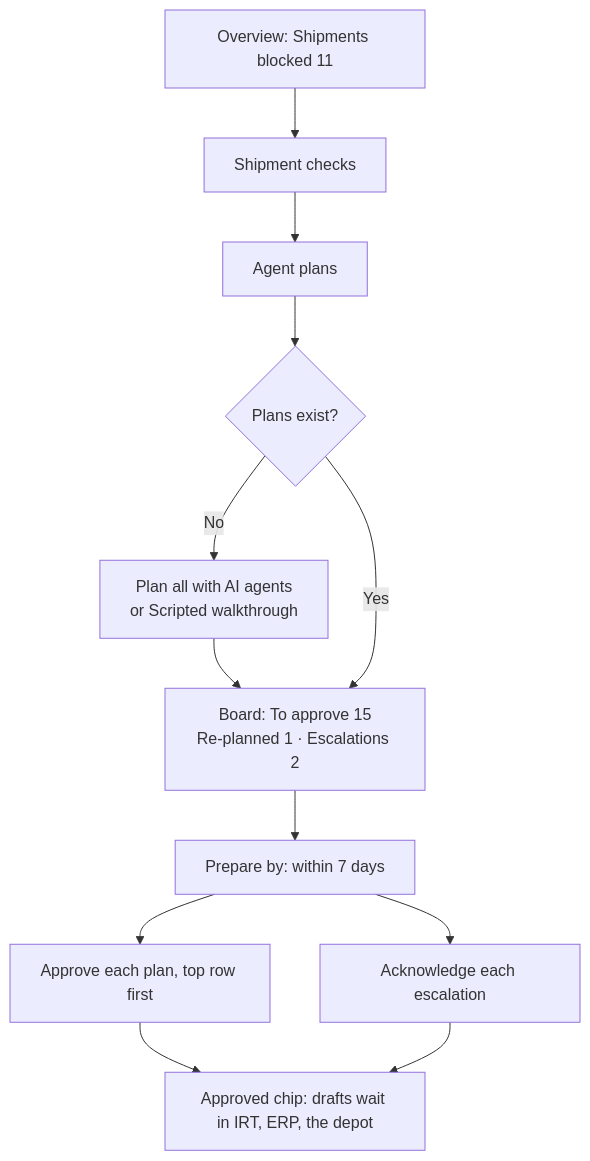
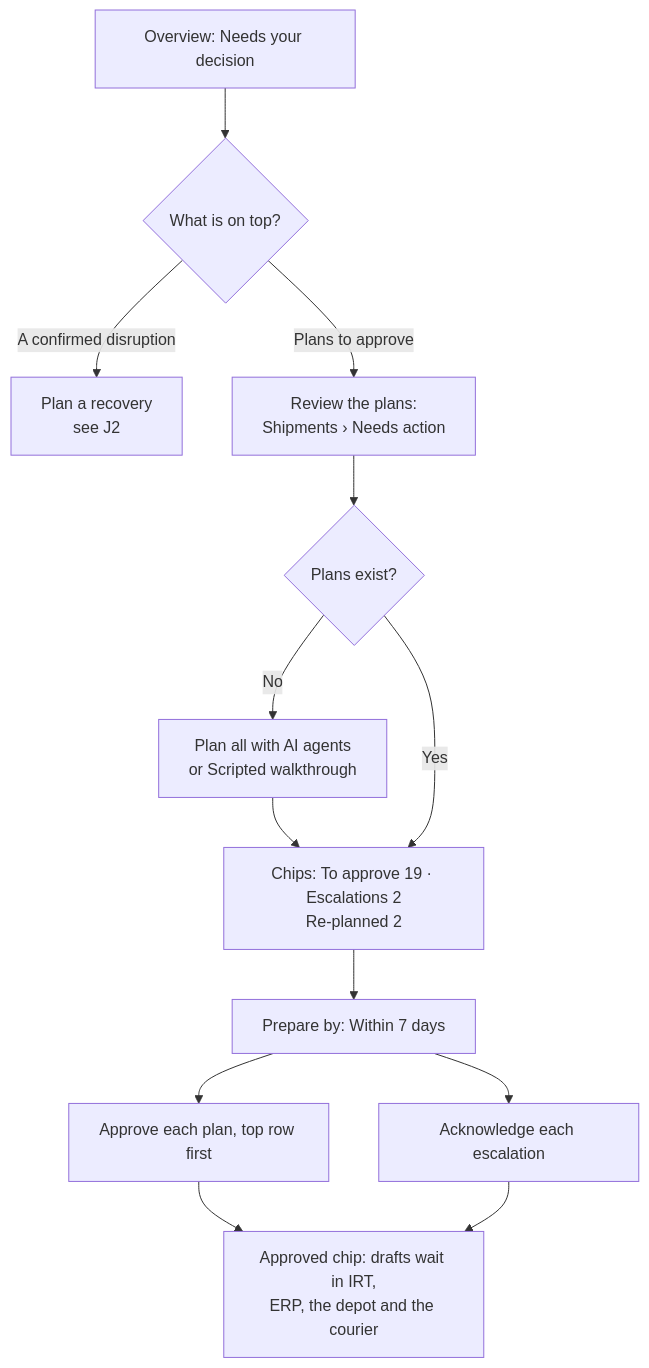
Before and after one commit to Gpanaritis/ClinRadar: the second of 7 diagrams in RegChain-AI-User-Journeys.md, drawn with Mermaid. The commit also changed other lines of this file, not shown here.

````diff
--- a/RegChain-AI-User-Journeys.md
+++ b/RegChain-AI-User-Journeys.md
@@ -90,14 +119,15 @@
 ```mermaid
 flowchart TD
-  A[Overview: Shipments blocked 11] --> B[Shipment checks]
-  B --> C[Agent plans]
-  C --> D{Plans exist?}
-  D -->|No| E[Plan all with AI agents<br/>or Scripted walkthrough]
-  E --> F[Board: To approve 15<br/>Re-planned 1 · Escalations 2]
-  D -->|Yes| F
-  F --> G[Prepare by: within 7 days]
-  G --> H[Approve each plan, top row first]
-  G --> I[Acknowledge each escalation]
-  H --> J[Approved chip: drafts wait in IRT, ERP, the depot]
-  I --> J
+  A[Overview: Needs your decision] --> B{What is on top?}
+  B -->|A confirmed disruption| C[Plan a recovery<br/>see J2]
+  B -->|Plans to approve| D[Review the plans:<br/>Shipments › Needs action]
+  D --> E{Plans exist?}
+  E -->|No| F[Plan all with AI agents<br/>or Scripted walkthrough]
+  F --> G[Chips: To approve 19 · Escalations 2<br/>Re-planned 2]
+  E -->|Yes| G
+  G --> H[Prepare by: Within 7 days]
+  H --> I[Approve each plan, top row first]
+  H --> K[Acknowledge each escalation]
+  I --> J[Approved chip: drafts wait in IRT,<br/>ERP, the depot and the courier]
+  K --> J
 ```
````
